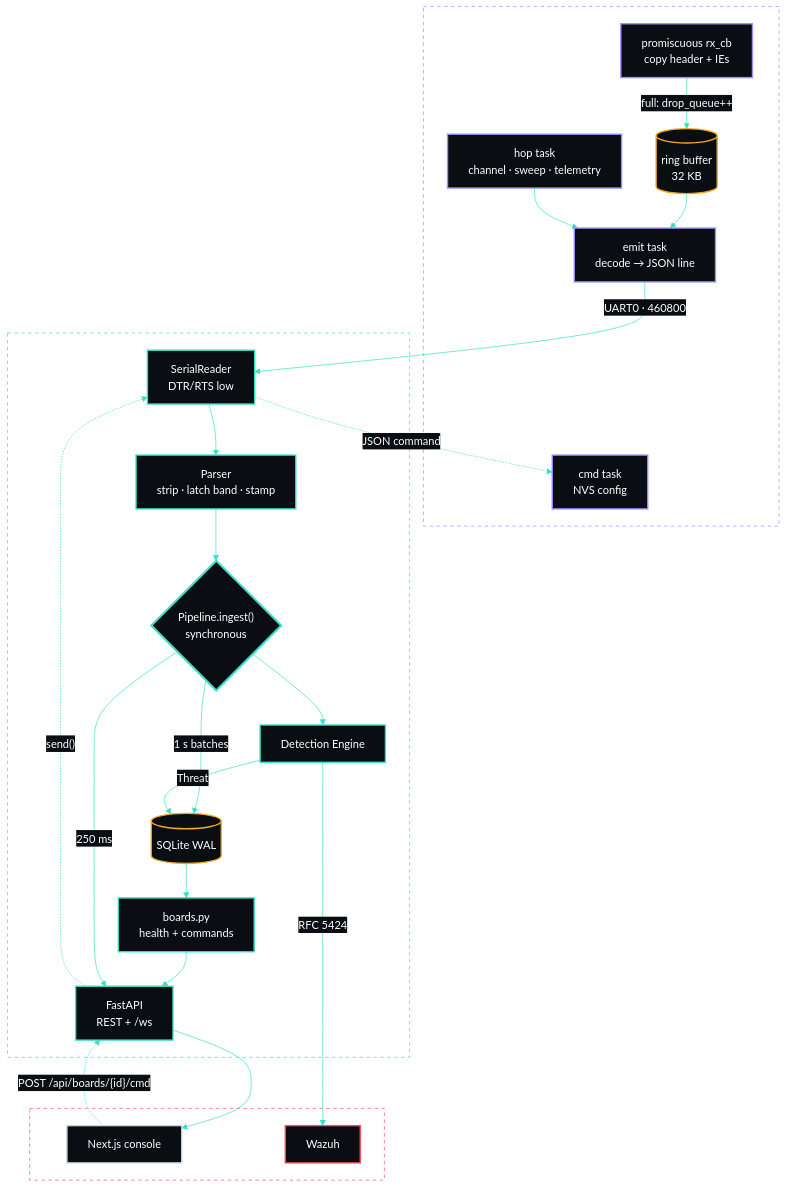
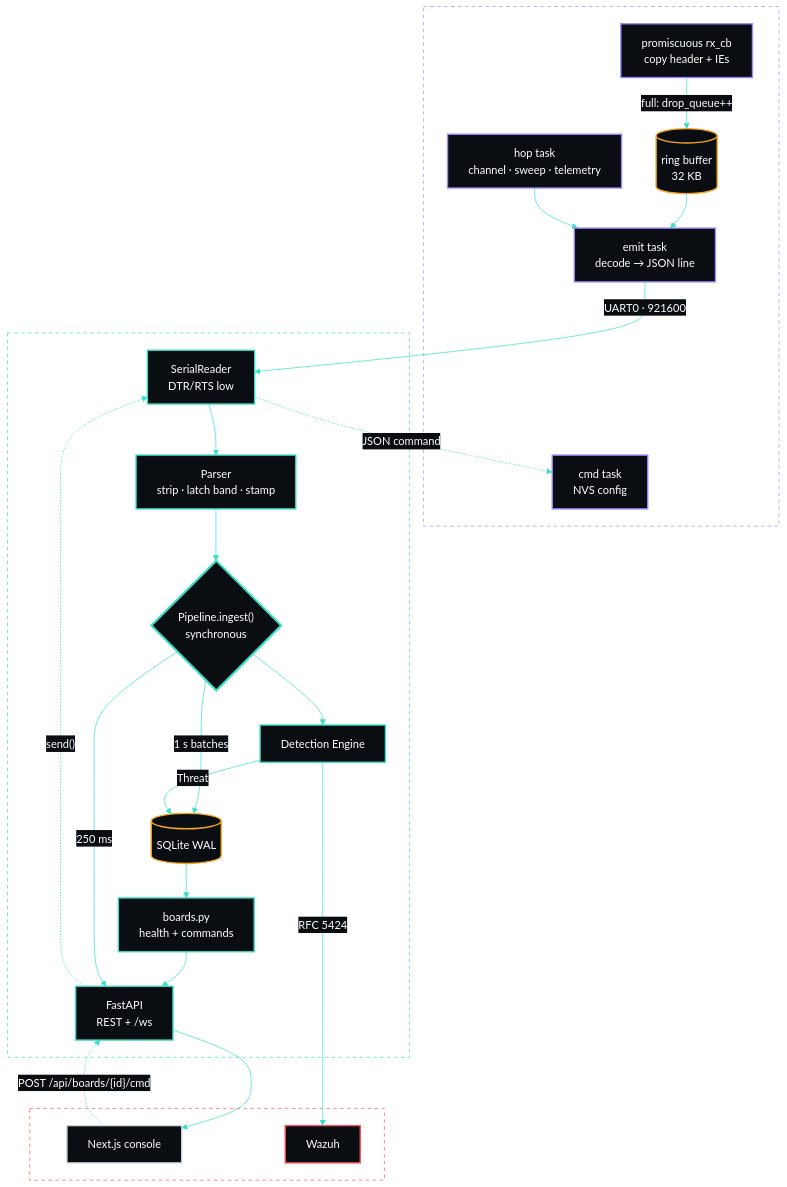
One commit to gurvinny/spectre changed the first of 3 diagrams in docs/architecture.md. Above: the diagram before and after it, drawn with Mermaid. The commit also changed 17 other files, not shown here.

````diff
--- a/docs/architecture.md
+++ b/docs/architecture.md
@@ -6,82 +6,82 @@
 ```mermaid
 %%{init: {
   'theme': 'base',
   'themeVariables': {
     'primaryColor': '#0a0e12',
     'primaryTextColor': '#fff',
     'primaryBorderColor': '#35E0C4',
     'lineColor': '#35E0C4',
     'secondaryColor': '#0a0e12',
     'tertiaryColor': '#0a0e12',
     'actorBkg': '#0a0e12',
     'actorBorder': '#35E0C4',
     'actorTextColor': '#fff',
     'signalColor': '#35E0C4',
     'signalTextColor': '#6B7C8C',
     'noteBkgColor': '#0a0e12',
     'noteBorderColor': '#9B8CFF',
     'noteTextColor': '#C9D6DF',
     'labelBoxBkgColor': '#0a0e12',
     'labelBoxBorderColor': '#9B8CFF',
     'labelTextColor': '#fff',
     'loopTextColor': '#6B7C8C',
     'activationBkgColor': '#11171d',
     'activationBorderColor': '#35E0C4',
     'fontFamily': 'monospace'
   }
 }}%%
 flowchart TB
     subgraph FW["Firmware · each ESP32-C5"]
         RX["promiscuous rx_cb<br/>copy header + IEs"]
         RG[("ring buffer<br/>32 KB")]
         EM["emit task<br/>decode → JSON line"]
         HP["hop task<br/>channel · sweep · telemetry"]
         CM["cmd task<br/>NVS config"]
     end
     subgraph SN["Sensor · one asyncio loop"]
         RD["SerialReader<br/>DTR/RTS low"]
         PR["Parser<br/>strip · latch band · stamp"]
         PL{"Pipeline.ingest()<br/>synchronous"}
         DE["Detection Engine"]
         ST[("SQLite WAL")]
         BA["boards.py<br/>health + commands"]
         API["FastAPI<br/>REST + /ws"]
     end
     subgraph OUT["Consumers"]
         WEB["Next.js console"]
         WZ["Wazuh"]
     end
     RX -- "full: drop_queue++" --> RG
     RG --> EM
     HP --> EM
-    EM -- "UART0 · 460800" --> RD
+    EM -- "UART0 · 921600" --> RD
     RD --> PR --> PL
     PL --> DE
     PL -- "1 s batches" --> ST
     DE -- "Threat" --> ST
     DE -- "RFC 5424" --> WZ
     ST --> BA --> API
     PL -- "250 ms" --> API
     API --> WEB
     WEB -. "POST /api/boards/{id}/cmd" .-> API
     API -. "send()" .-> RD
     RD -. "JSON command" .-> CM
 
     style FW fill:transparent,stroke:#9B8CFF,stroke-width:1px,stroke-dasharray: 5 5,color:#fff
     style SN fill:transparent,stroke:#35E0C4,stroke-width:1px,stroke-dasharray: 5 5,color:#fff
     style OUT fill:transparent,stroke:#FF4D5E,stroke-width:1px,stroke-dasharray: 5 5,color:#fff
     style RX fill:#0a0e12,stroke:#9B8CFF,stroke-width:2px,color:#fff
     style RG fill:#0a0e12,stroke:#F5A623,stroke-width:2px,color:#fff
     style EM fill:#0a0e12,stroke:#9B8CFF,stroke-width:2px,color:#fff
     style HP fill:#0a0e12,stroke:#9B8CFF,stroke-width:2px,color:#fff
     style CM fill:#0a0e12,stroke:#9B8CFF,stroke-width:2px,color:#fff
     style RD fill:#0a0e12,stroke:#35E0C4,stroke-width:2px,color:#fff
     style PR fill:#0a0e12,stroke:#35E0C4,stroke-width:2px,color:#fff
     style PL fill:#0a0e12,stroke:#35E0C4,stroke-width:3px,color:#fff
     style DE fill:#0a0e12,stroke:#35E0C4,stroke-width:2px,color:#fff
     style ST fill:#0a0e12,stroke:#F5A623,stroke-width:2px,color:#fff
     style BA fill:#0a0e12,stroke:#35E0C4,stroke-width:2px,color:#fff
     style API fill:#0a0e12,stroke:#35E0C4,stroke-width:2px,color:#fff
     style WEB fill:#0a0e12,stroke:#C9D6DF,stroke-width:2px,color:#fff
     style WZ fill:#0a0e12,stroke:#FF4D5E,stroke-width:2px,color:#fff
 ```
````
